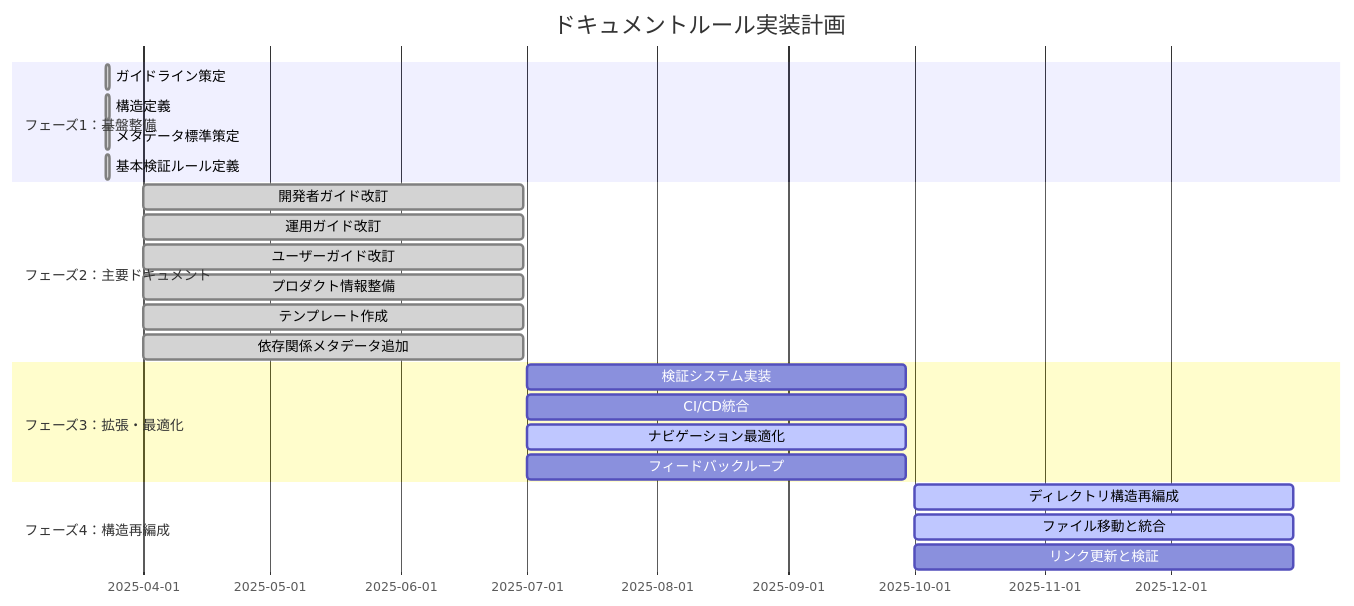
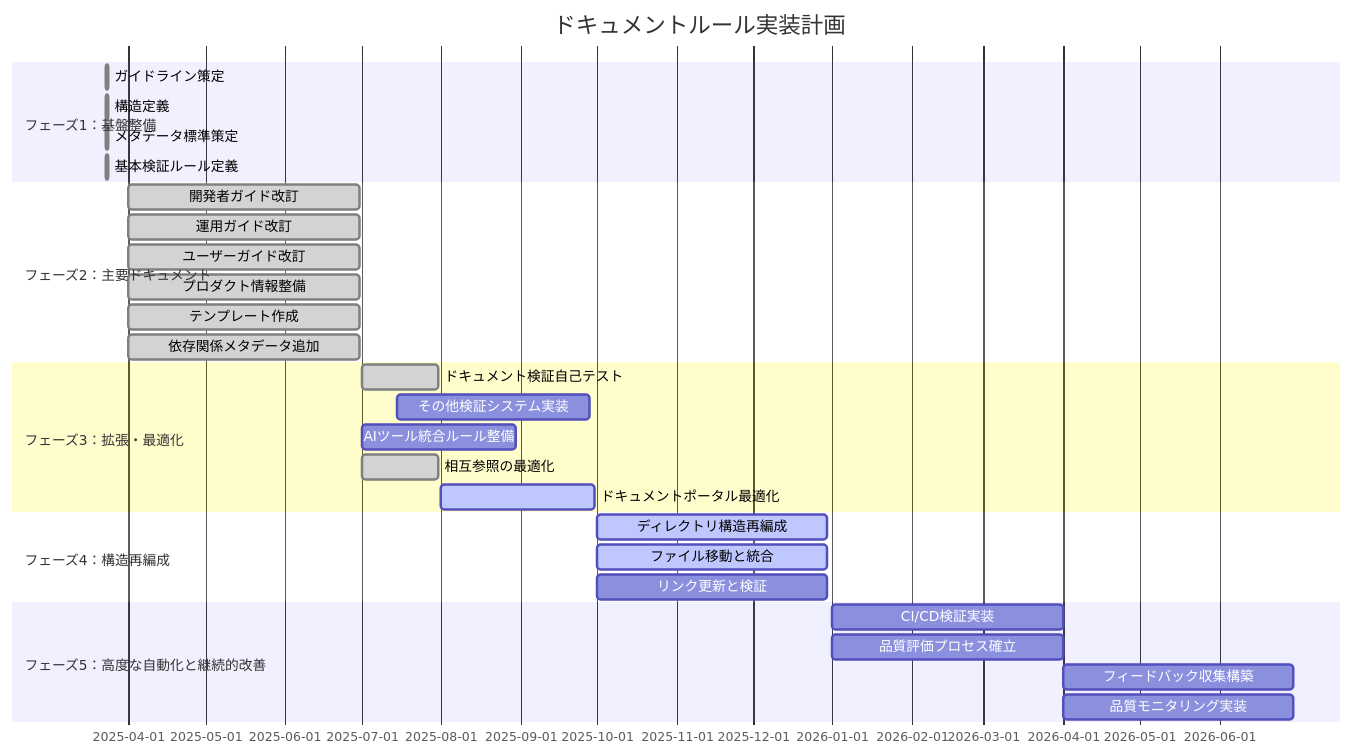
The diagram in docs/PLAN.md (ToyB0x/git-resume), drawn with Mermaid before and after one commit. The commit also changed other lines of this file and 11 other files, not shown here.

````diff
--- a/docs/PLAN.md
+++ b/docs/PLAN.md
@@ -98,26 +140,32 @@
 ```mermaid
 gantt
     title ドキュメントルール実装計画
     dateFormat  YYYY-MM-DD
     section フェーズ1：基盤整備
     ガイドライン策定      :done, 2025-03-23, 1d
     構造定義              :done, 2025-03-23, 1d
     メタデータ標準策定    :done, 2025-03-23, 1d
     基本検証ルール定義    :done, 2025-03-23, 1d
     section フェーズ2：主要ドキュメント
     開発者ガイド改訂      :done, 2025-04-01, 90d
     運用ガイド改訂        :done, 2025-04-01, 90d
     ユーザーガイド改訂    :done, 2025-04-01, 90d
     プロダクト情報整備    :done, 2025-04-01, 90d
     テンプレート作成      :done, 2025-04-01, 90d
     依存関係メタデータ追加 :done, 2025-04-01, 90d
     section フェーズ3：拡張・最適化
-    検証システム実装      :2025-07-01, 90d
-    CI/CD統合             :2025-07-01, 90d
-    ナビゲーション最適化  :active, 2025-07-01, 90d
-    フィードバックループ  :2025-07-01, 90d
+    ドキュメント検証自己テスト :done, 2025-07-01, 30d
+    その他検証システム実装    :2025-07-15, 75d
+    AIツール統合ルール整備 :2025-07-01, 60d
+    相互参照の最適化      :done, 2025-07-01, 30d
+    ドキュメントポータル最適化 :active, 2025-08-01, 60d
     section フェーズ4：構造再編成
     ディレクトリ構造再編成 :active, 2025-10-01, 90d
     ファイル移動と統合     :active, 2025-10-01, 90d
     リンク更新と検証       :2025-10-01, 90d
+    section フェーズ5：高度な自動化と継続的改善
+    CI/CD検証実装         :2026-01-01, 90d
+    品質評価プロセス確立   :2026-01-01, 90d
+    フィードバック収集構築 :2026-04-01, 90d
+    品質モニタリング実装   :2026-04-01, 90d
 ```
````
